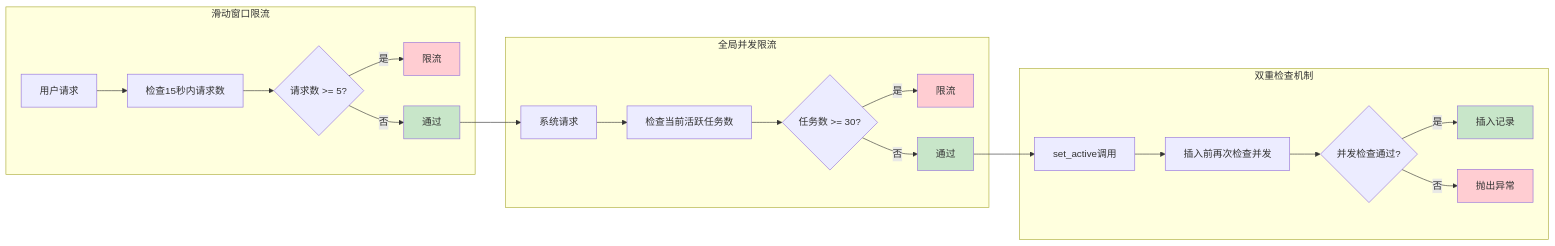
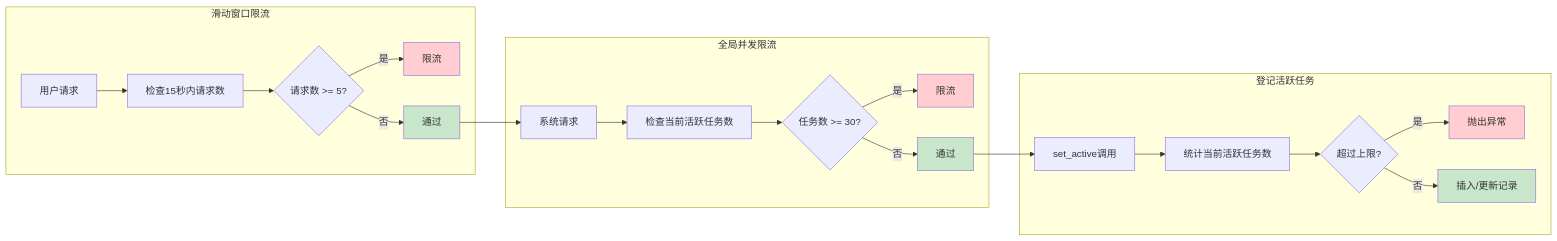
Before and after one commit to HongyuS/euler-copilot-framework: the fourth of 5 diagrams in design/services/activity.md, drawn with Mermaid. The commit also changed other lines of this file and 7 other files, not shown here.

````diff
--- a/design/services/activity.md
+++ b/design/services/activity.md
@@ -177,33 +180,33 @@
 ```mermaid
 flowchart LR
     subgraph "滑动窗口限流"
         A[用户请求] --> B[检查15秒内请求数]
         B --> C{请求数 >= 5?}
         C -->|是| D[限流]
         C -->|否| E[通过]
     end
     
     subgraph "全局并发限流"
         F[系统请求] --> G[检查当前活跃任务数]
         G --> H{任务数 >= 30?}
         H -->|是| I[限流]
         H -->|否| J[通过]
     end
     
-    subgraph "双重检查机制"
-        K[set_active调用] --> L[插入前再次检查并发]
-        L --> M{并发检查通过?}
-        M -->|是| N[插入记录]
-        M -->|否| O[抛出异常]
+    subgraph "登记活跃任务"
+        K[set_active调用] --> L[统计当前活跃任务数]
+        L --> M{超过上限?}
+        M -->|是| O[抛出异常]
+        M -->|否| N[插入/更新记录]
     end
     
     E --> F
     J --> K
     
     style D fill:#ffcdd2
     style I fill:#ffcdd2
     style O fill:#ffcdd2
     style E fill:#c8e6c9
     style J fill:#c8e6c9
     style N fill:#c8e6c9
 ```
````
